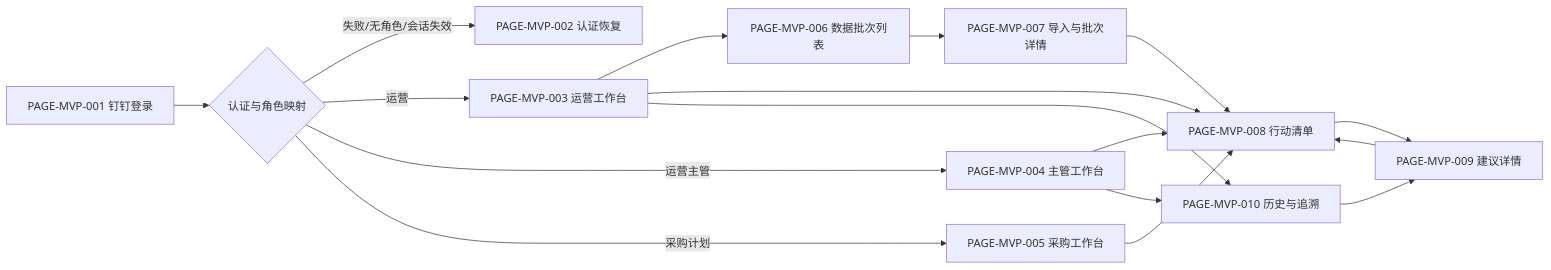
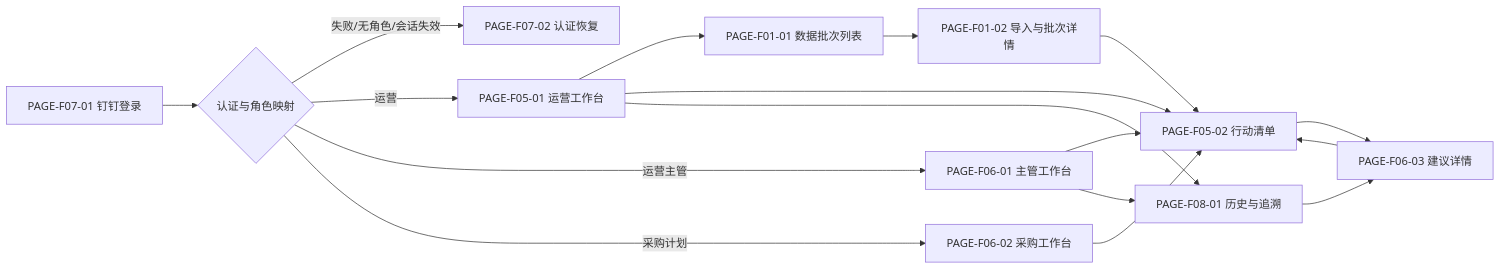
Before and after one commit to johnsonsmilequran/profit-decision-engine: the first of 2 diagrams in 趣然AI商品经营利润决策助手/output/设计决策蓝图.md, drawn with Mermaid. The commit also changed other lines of this file and 1 other file, not shown here.

````diff
--- a/趣然AI商品经营利润决策助手/output/设计决策蓝图.md
+++ b/趣然AI商品经营利润决策助手/output/设计决策蓝图.md
@@ -38,20 +38,20 @@
 ```mermaid
 flowchart LR
-    A["PAGE-MVP-001 钉钉登录"] --> B{"认证与角色映射"}
-    B -- "失败/无角色/会话失效" --> C["PAGE-MVP-002 认证恢复"]
-    B -- "运营" --> D["PAGE-MVP-003 运营工作台"]
-    B -- "运营主管" --> E["PAGE-MVP-004 主管工作台"]
-    B -- "采购计划" --> F["PAGE-MVP-005 采购工作台"]
+    A["PAGE-F07-01 钉钉登录"] --> B{"认证与角色映射"}
+    B -- "失败/无角色/会话失效" --> C["PAGE-F07-02 认证恢复"]
+    B -- "运营" --> D["PAGE-F05-01 运营工作台"]
+    B -- "运营主管" --> E["PAGE-F06-01 主管工作台"]
+    B -- "采购计划" --> F["PAGE-F06-02 采购工作台"]
 
-    D --> G["PAGE-MVP-006 数据批次列表"]
-    D --> I["PAGE-MVP-008 行动清单"]
+    D --> G["PAGE-F01-01 数据批次列表"]
+    D --> I["PAGE-F05-02 行动清单"]
     E --> I
     F --> I
-    G --> H["PAGE-MVP-007 导入与批次详情"]
+    G --> H["PAGE-F01-02 导入与批次详情"]
     H --> I
-    I --> J["PAGE-MVP-009 建议详情"]
-    D --> K["PAGE-MVP-010 历史与追溯"]
+    I --> J["PAGE-F06-03 建议详情"]
+    D --> K["PAGE-F08-01 历史与追溯"]
     E --> K
     K --> J
     J --> I
 ```
````
